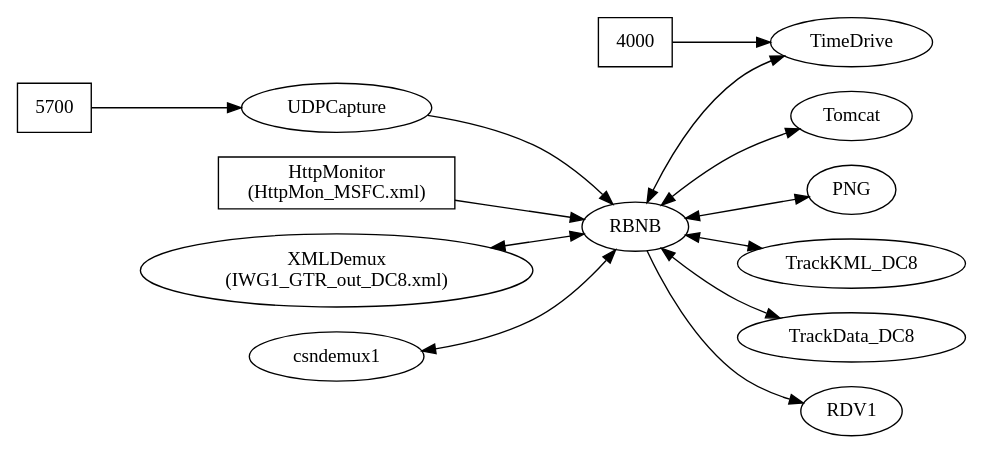
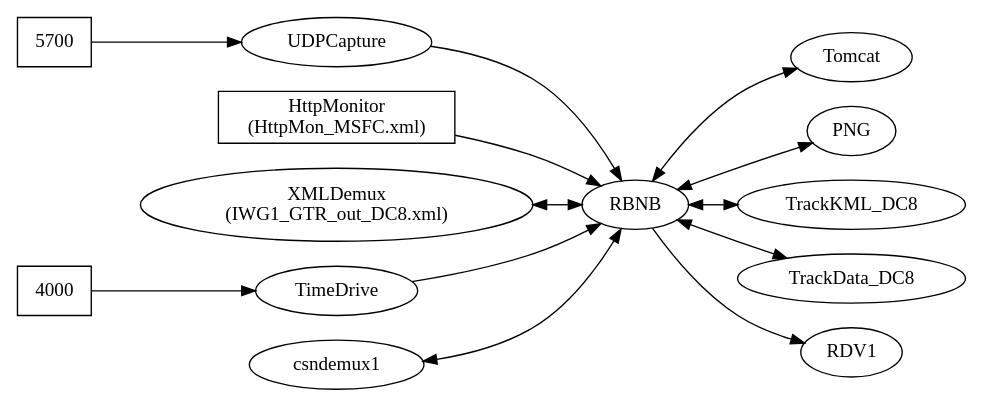
One commit to phubbard/nasa-dryden-dt changed the diagram in dot/p4.dot. Above: the diagram before and after it, drawn with Graphviz. The commit also changed 17 other files, not shown here.

Commit message:
Working on changing the graph layout as requested. Code edits to match.

```diff
--- a/dot/p4.dot
+++ b/dot/p4.dot
@@ -1,36 +1,38 @@
 digraph p4 {
 	// Graph defines
 	center="true";
 	orientation="portrait";
 	ratio="auto";
 	size="8, 10.5"
 	rankdir="LR";
 	constraint="false";
 	
 	// Node definitions
 	port5700 [shape=box, label="5700", URL="https://indscore.dfrc.nasa.gov/RBNB/INDS6/DC8-817-TC4_IWG1"];
 	httpmon1 [shape=box, label="HttpMonitor\n(HttpMon_MSFC.xml)"];
 
 	port4000 [shape=box, label="4000"];
 	udpcapture1 [label="UDPCapture"];
 
 	xmldemux1 [label="XMLDemux\n(IWG1_GTR_out_DC8.xml)"]
 	
 	// Define the graph
 	// Input-only links (into rbnb)
 	port5700 -> udpcapture1 -> RBNB;
 	httpmon1 -> RBNB;
 	port4000 ->  TimeDrive;
 	
+	TimeDrive -> RBNB;
+	
 	// Denote bidirectional links
 	edge [dir="both"];
 	
-	RBNB -> { Tomcat; PNG; TimeDrive; TrackKML_DC8; TrackData_DC8}
+	RBNB -> { Tomcat; PNG; TrackKML_DC8; TrackData_DC8}
 	
 	xmldemux1 -> RBNB;
 	csndemux1 -> RBNB;
 	
 	// RDV links are sink-only, show differently
 	edge [dir="head"];
 	RBNB -> RDV1;
 }
```
